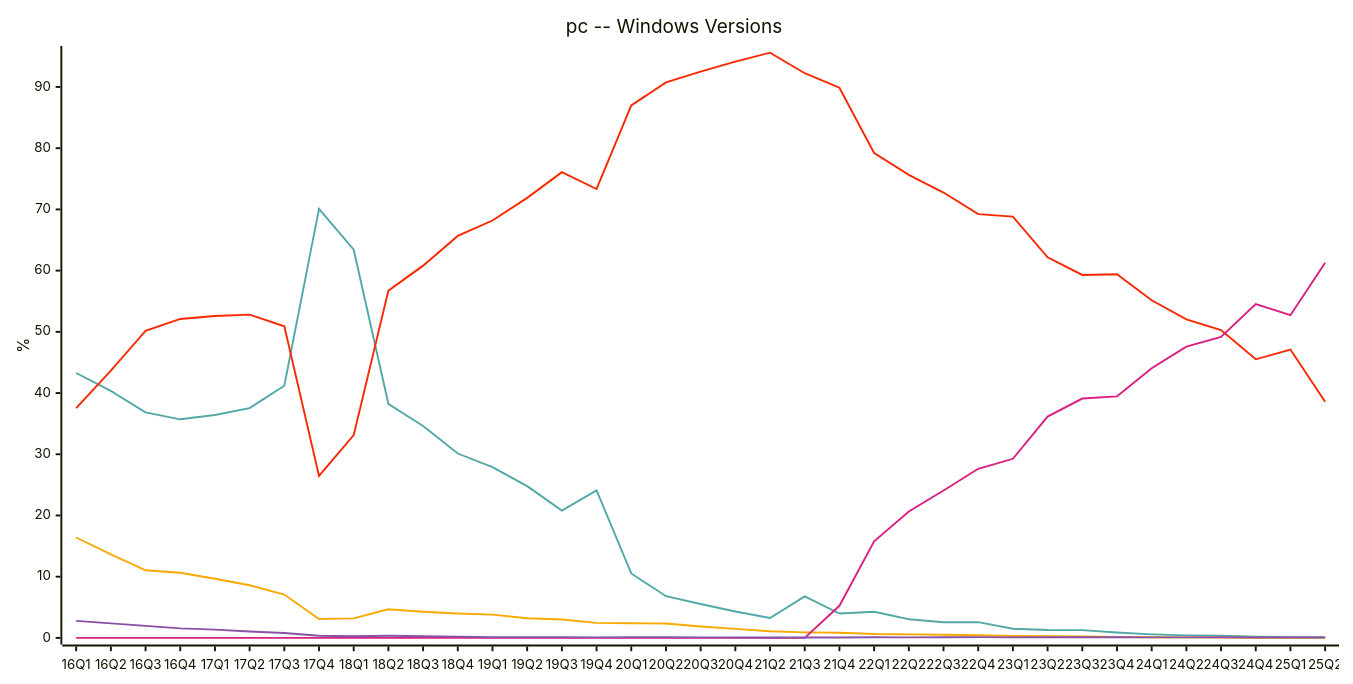
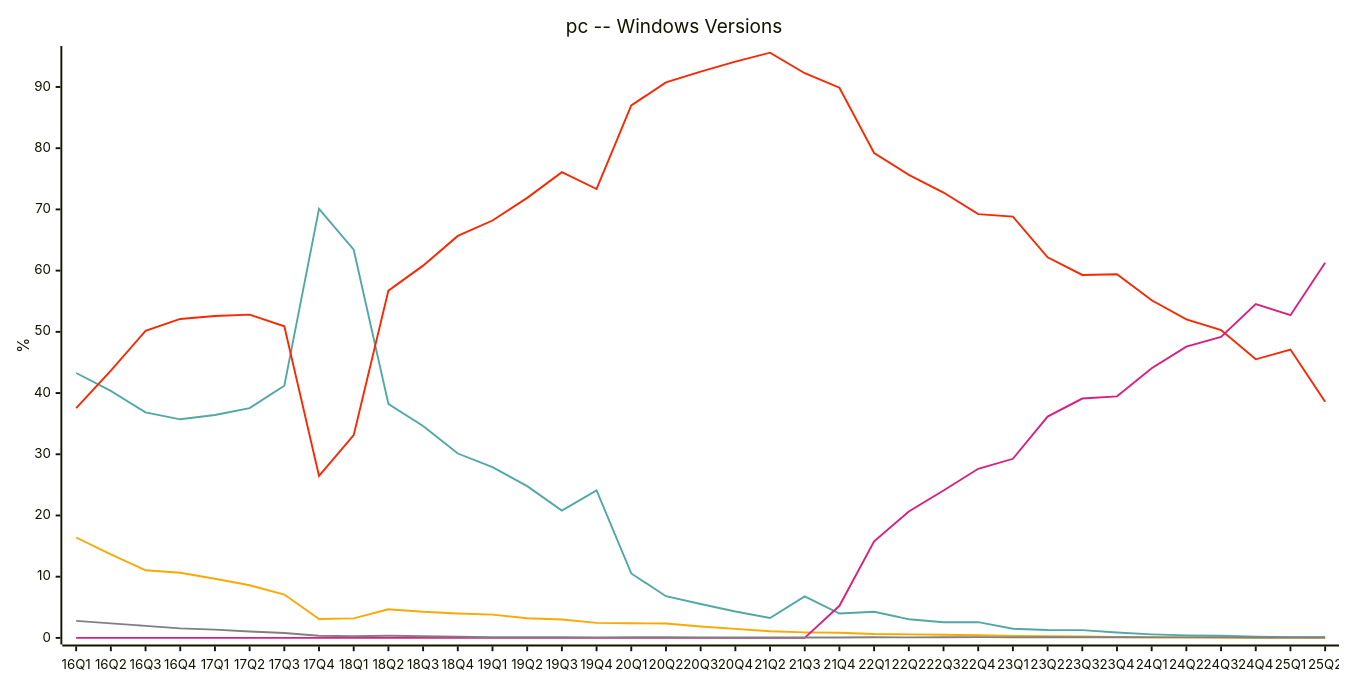
Before and after one commit to jdegene/steamHWsurvey: the tenth of 18 diagrams in README.md, drawn with Mermaid. The commit also changed other lines of this file and 1 other file, not shown here.

````diff
--- a/README.md
+++ b/README.md
@@ -322,23 +322,23 @@
 ```mermaid
 ---
 config:
     xyChart:
         width: 1400
         height: 700
         
     themeVariables:
         xyChart:
-            plotColorPalette: "#51a8a6,#f9a900,#f92800,#d92080,#8a52a6,#46a2da,#808080"
+            plotColorPalette: "#51a8a6,#f9a900,#f92800,#d92080,#808080"
 
 --- 
 
 xychart-beta
     title "pc -- Windows Versions"
     x-axis [16Q1, 16Q2, 16Q3, 16Q4, 17Q1, 17Q2, 17Q3, 17Q4, 18Q1, 18Q2, 18Q3, 18Q4, 19Q1, 19Q2, 19Q3, 19Q4, 20Q1, 20Q2, 20Q3, 20Q4, 21Q2, 21Q3, 21Q4, 22Q1, 22Q2, 22Q3, 22Q4, 23Q1, 23Q2, 23Q3, 23Q4, 24Q1, 24Q2, 24Q3, 24Q4, 25Q1, 25Q2]
     y-axis "%" 
     line [43.27, 40.343333333333334, 36.843333333333334, 35.709999999999994, 36.405, 37.54666666666667, 41.20333333333333, 70.09666666666666, 63.416666666666664, 38.235, 34.63, 30.119999999999997, 27.889999999999997, 24.795, 20.8, 24.11, 10.525, 6.81, 5.54, 4.32, 3.256666666666667, 6.79, 3.9849999999999994, 4.2749999999999995, 3.043333333333333, 2.5533333333333337, 2.58, 1.4966666666666668, 1.2900000000000003, 1.2766666666666668, 0.8833333333333334, 0.5833333333333334, 0.42, 0.3766666666666667, 0.2033333333333333, 0.12333333333333335, 0.10666666666666665]
     line [16.403333333333332, 13.63, 11.043333333333333, 10.636666666666667, 9.665, 8.600000000000001, 7.086666666666668, 3.093333333333333, 3.1933333333333334, 4.68, 4.266666666666667, 3.9966666666666666, 3.8033333333333337, 3.2100000000000004, 3.013333333333333, 2.46, 2.405, 2.3433333333333333, 1.8549999999999998, 1.4700000000000002, 1.0833333333333335, 0.8999999999999999, 0.835, 0.6399999999999999, 0.5766666666666667, 0.5033333333333333, 0.4266666666666666, 0.32, 0.27499999999999997, 0.22, 0.15666666666666668, 0.10666666666666665, 0.08333333333333334, 0.075, 0, 0, 0]
     line [37.54333333333334, 43.65666666666667, 50.15666666666667, 52.10333333333333, 52.580000000000005, 52.80666666666667, 50.913333333333334, 26.47, 33.123333333333335, 56.730000000000004, 60.81333333333333, 65.67, 68.18666666666667, 71.885, 76.07666666666667, 73.33666666666666, 86.98, 90.75333333333333, 92.52, 94.145, 95.6, 92.25, 89.875, 79.21000000000001, 75.64333333333333, 72.75666666666667, 69.23333333333333, 68.82333333333334, 62.17999999999999, 59.296666666666674, 59.4, 55.16, 52.03666666666666, 50.28666666666667, 45.51, 47.099999999999994, 38.56666666666666]
     line [0, 0, 0, 0, 0, 0, 0, 0, 0, 0, 0, 0, 0, 0, 0, 0, 0, 0, 0, 0, 0, 0, 5.244999999999999, 15.770000000000001, 20.65, 24.08, 27.63, 29.26, 36.150000000000006, 39.10333333333333, 39.46333333333333, 44.06, 47.57, 49.169999999999995, 54.53, 52.72, 61.26999999999999]
     line [2.7866666666666666, 2.37, 1.9633333333333332, 1.55, 1.345, 1.0466666666666666, 0.7966666666666667, 0.3433333333333333, 0.27666666666666667, 0.355, 0.27666666666666667, 0.2133333333333333, 0.11666666666666668, 0.10999999999999999, 0.10666666666666667, 0.09000000000000001, 0.1, 0.09666666666666665, 0.085, 0.06999999999999999, 0.05333333333333332, 0.06, 0.06, 0.1, 0.08666666666666667, 0.1, 0.12666666666666665, 0.09333333333333334, 0.10999999999999999, 0.1, 0.10666666666666667, 0.08666666666666667, 0.08, 0.11666666666666668, 0.06666666666666667, 0.05666666666666666, 0.05333333333333332]
 ``` 
````
